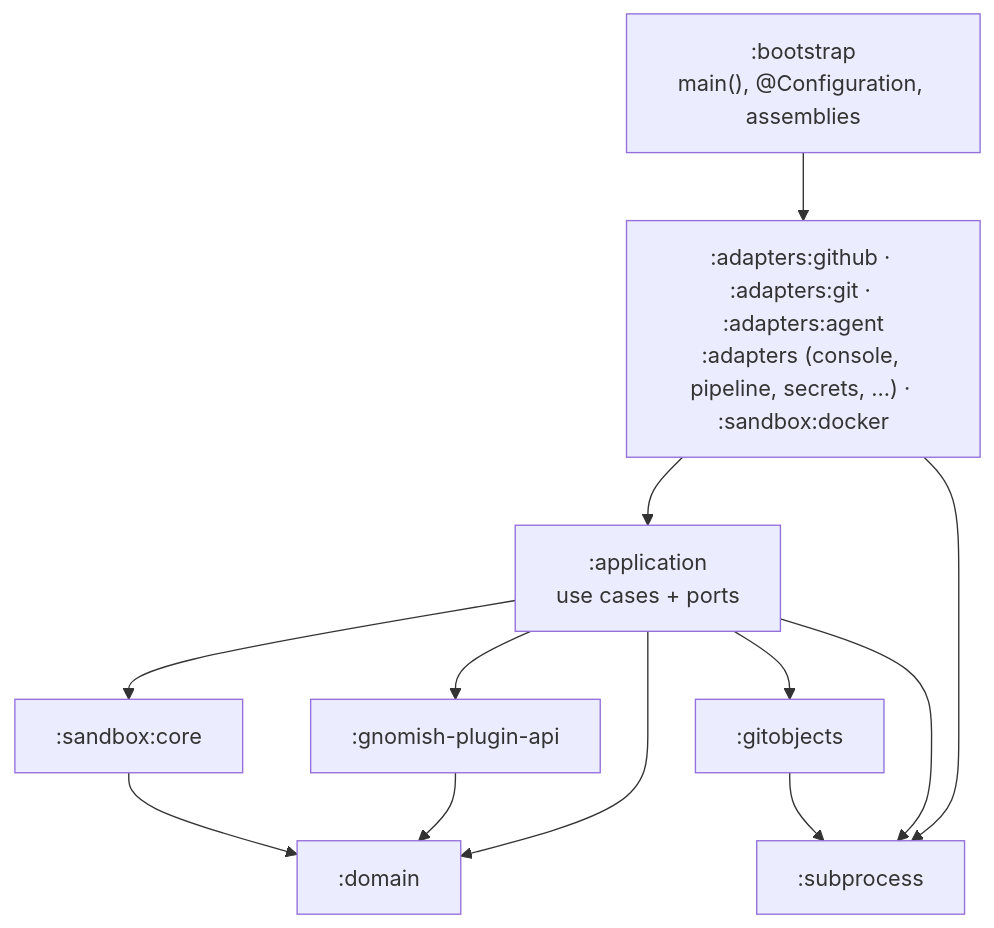
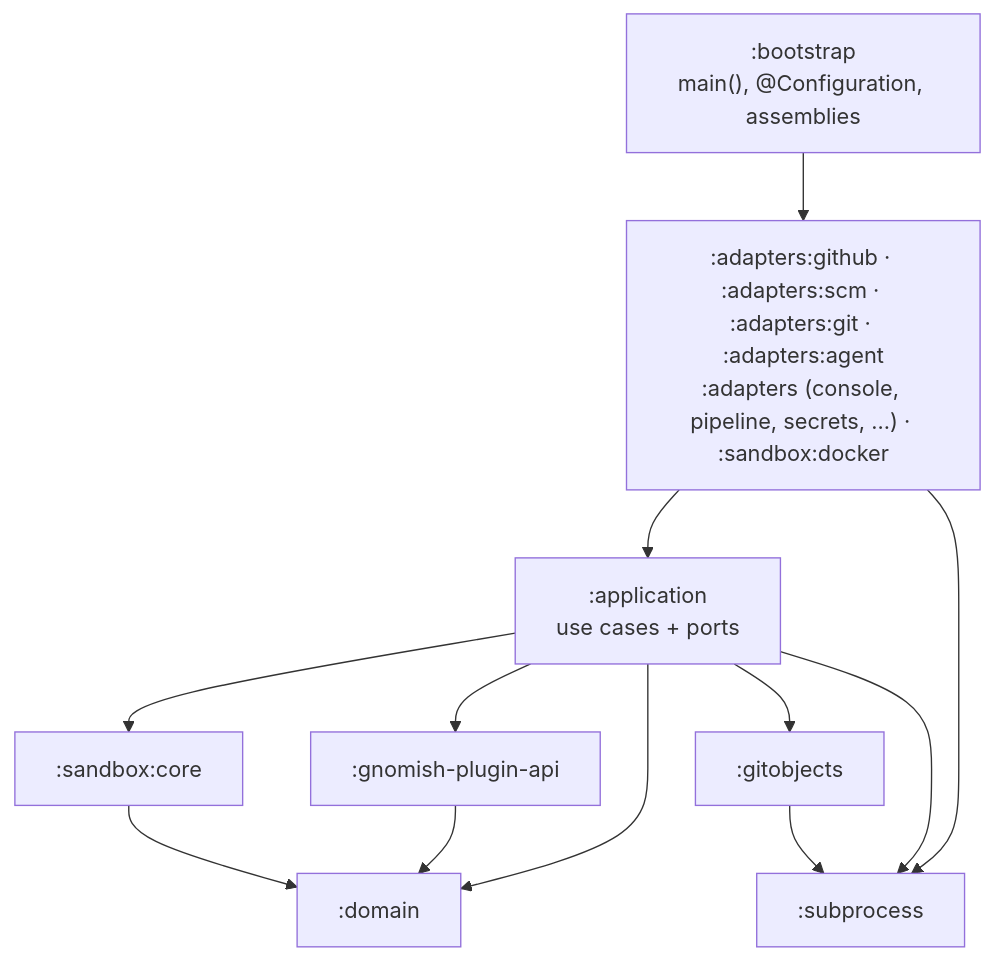
The diagram in docs/guides/developer-guide.md (oinsio/gnomish-factory), drawn with Mermaid before and after one commit. The commit also changed other lines of this file and 1398 other files, not shown here.

````diff
--- a/docs/guides/developer-guide.md
+++ b/docs/guides/developer-guide.md
@@ -16,20 +16,20 @@
 ```mermaid
 flowchart TB
     bootstrap[":bootstrap<br/>main(), @Configuration, assemblies"]
-    adapters[":adapters:github · :adapters:git · :adapters:agent<br/>:adapters (console, pipeline, secrets, ...) · :sandbox:docker"]
+    adapters[":adapters:github · :adapters:scm · :adapters:git · :adapters:agent<br/>:adapters (console, pipeline, secrets, ...) · :sandbox:docker"]
     application[":application<br/>use cases + ports"]
     api[":gnomish-plugin-api"]
     sandboxcore[":sandbox:core"]
     gitobjects[":gitobjects"]
     subprocess[":subprocess"]
     domain[":domain"]
 
     bootstrap --> adapters
     adapters --> application
     adapters --> subprocess
     application --> api & sandboxcore & gitobjects & domain
     application --> subprocess
     gitobjects --> subprocess
     api --> domain
     sandboxcore --> domain
 ```
````
